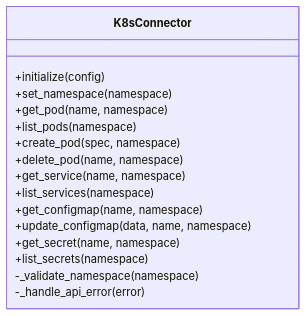
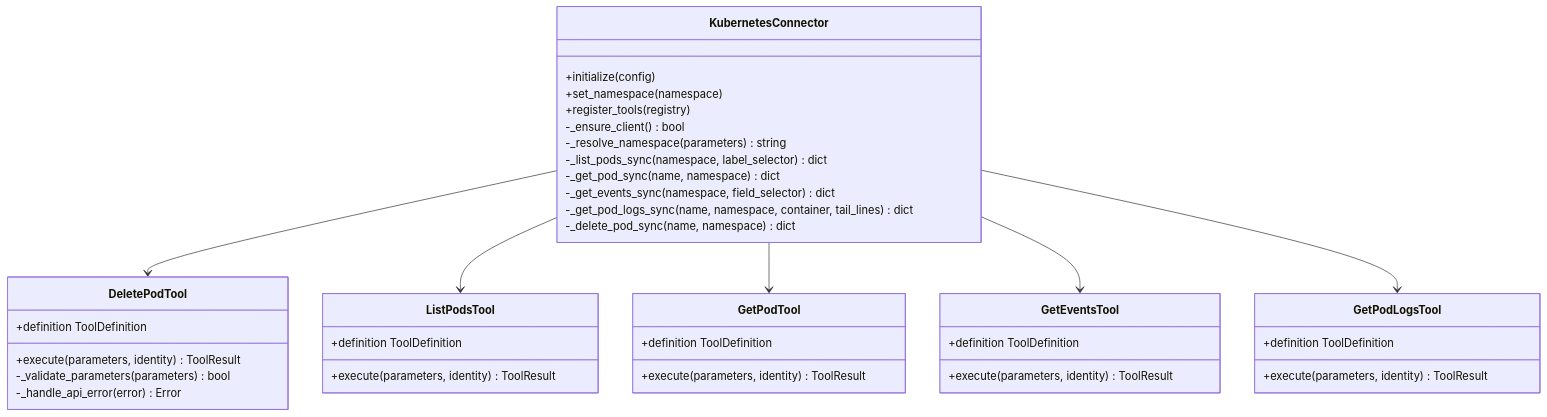
Before and after one commit to metasync/luban-aiops: the third of 7 diagrams in .qoder/repowiki/en/content/Tool Gateway Service/Kubernetes Integration and Resource Management.md, drawn with Mermaid. The commit also changed other lines of this file and 43 other files, not shown here.

````diff
--- a/.qoder/repowiki/en/content/Tool Gateway Service/Kubernetes Integration and Resource Management.md
+++ b/.qoder/repowiki/en/content/Tool Gateway Service/Kubernetes Integration and Resource Management.md
@@ -139,19 +173,42 @@
 ```mermaid
 classDiagram
-class K8sConnector {
+class KubernetesConnector {
 +initialize(config)
 +set_namespace(namespace)
-+get_pod(name, namespace)
-+list_pods(namespace)
-+create_pod(spec, namespace)
-+delete_pod(name, namespace)
-+get_service(name, namespace)
-+list_services(namespace)
-+get_configmap(name, namespace)
-+update_configmap(data, name, namespace)
-+get_secret(name, namespace)
-+list_secrets(namespace)
--_validate_namespace(namespace)
--_handle_api_error(error)
++register_tools(registry)
+-_ensure_client() bool
+-_resolve_namespace(parameters) string
+-_list_pods_sync(namespace, label_selector) dict
+-_get_pod_sync(name, namespace) dict
+-_get_events_sync(namespace, field_selector) dict
+-_get_pod_logs_sync(name, namespace, container, tail_lines) dict
+-_delete_pod_sync(name, namespace) dict
 }
+class DeletePodTool {
++definition ToolDefinition
++execute(parameters, identity) ToolResult
+-_validate_parameters(parameters) bool
+-_handle_api_error(error) Error
+}
+class ListPodsTool {
++definition ToolDefinition
++execute(parameters, identity) ToolResult
+}
+class GetPodTool {
++definition ToolDefinition
++execute(parameters, identity) ToolResult
+}
+class GetEventsTool {
++definition ToolDefinition
++execute(parameters, identity) ToolResult
+}
+class GetPodLogsTool {
++definition ToolDefinition
++execute(parameters, identity) ToolResult
+}
+KubernetesConnector --> DeletePodTool
+KubernetesConnector --> ListPodsTool
+KubernetesConnector --> GetPodTool
+KubernetesConnector --> GetEventsTool
+KubernetesConnector --> GetPodLogsTool
 ```
````
